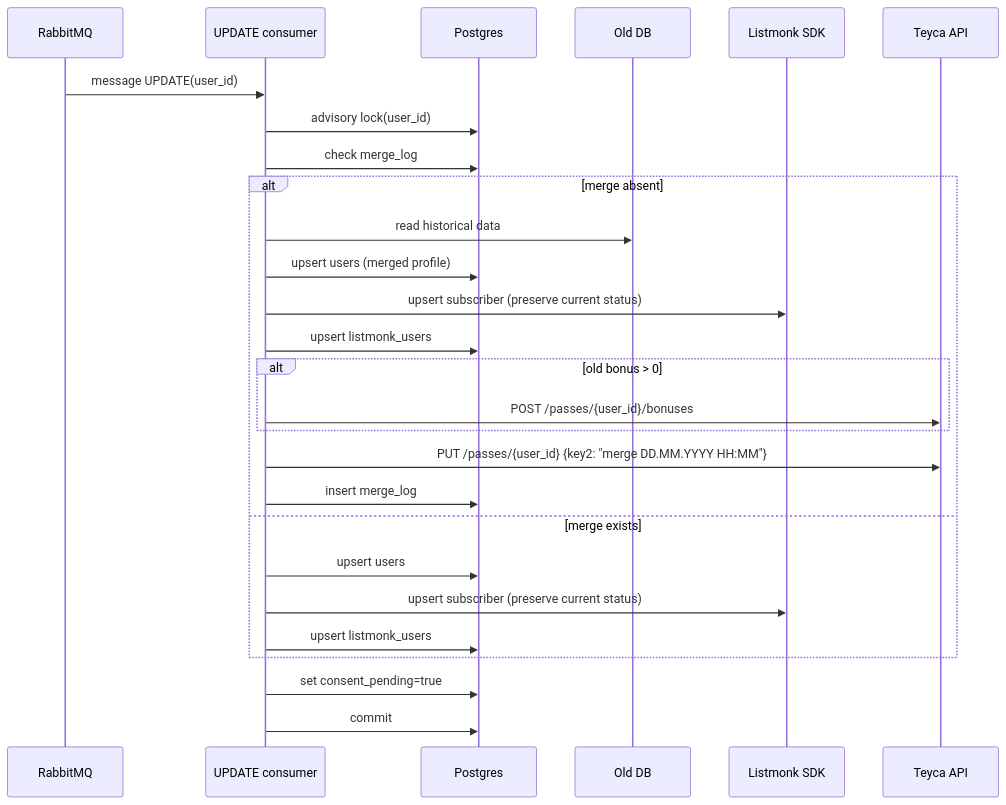
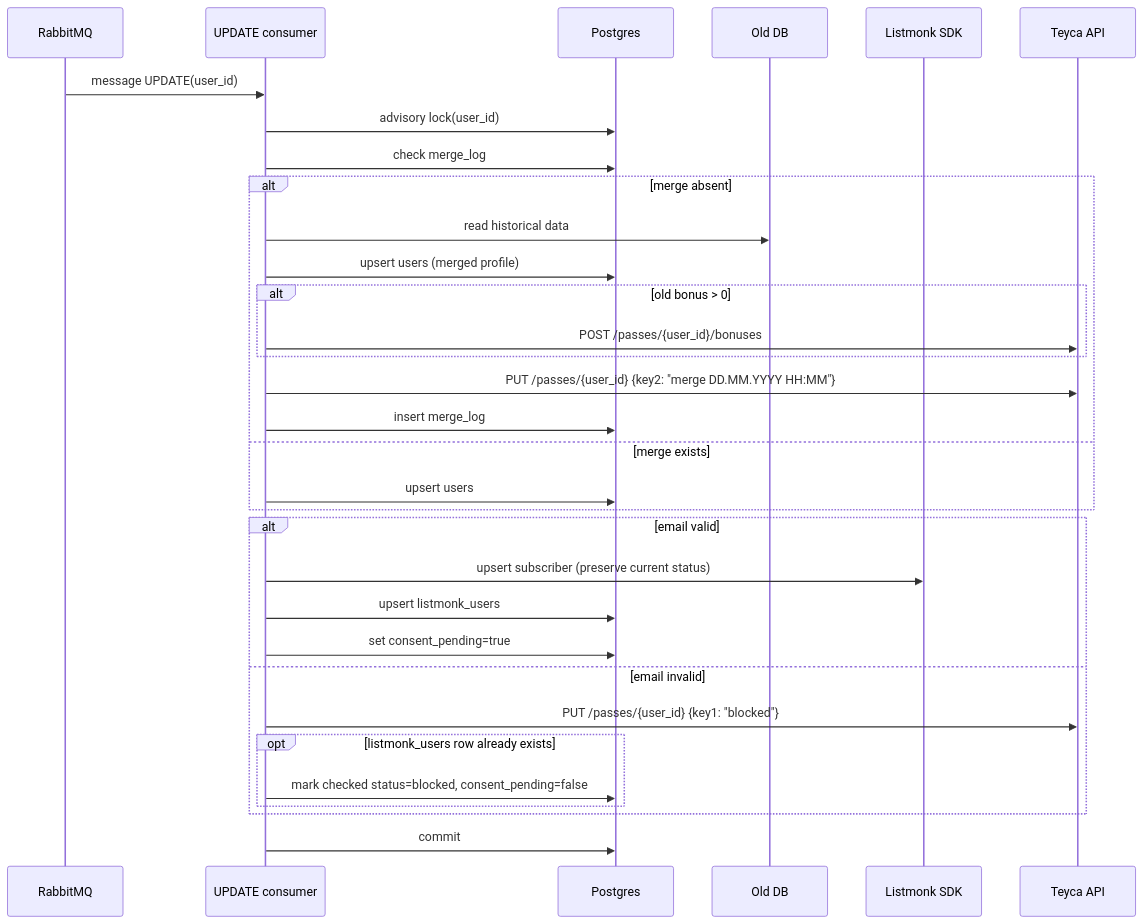
One commit to Nikita-Silent/teyca-sync changed the third of 6 diagrams in docs/current-runtime-flow.md. Above: the diagram before and after it, drawn with Mermaid. The commit also changed other lines of this file and 25 other files, not shown here.

````diff
--- a/docs/current-runtime-flow.md
+++ b/docs/current-runtime-flow.md
@@ -77,30 +82,35 @@
 ```mermaid
 sequenceDiagram
     participant RMQ as RabbitMQ
     participant U as UPDATE consumer
     participant DB as Postgres
     participant ODB as Old DB
     participant LM as Listmonk SDK
     participant TY as Teyca API
 
     RMQ->>U: message UPDATE(user_id)
     U->>DB: advisory lock(user_id)
     U->>DB: check merge_log
     alt merge absent
         U->>ODB: read historical data
         U->>DB: upsert users (merged profile)
-        U->>LM: upsert subscriber (preserve current status)
-        U->>DB: upsert listmonk_users
         alt old bonus > 0
             U->>TY: POST /passes/{user_id}/bonuses
         end
         U->>TY: PUT /passes/{user_id} {key2: "merge DD.MM.YYYY HH:MM"}
         U->>DB: insert merge_log
     else merge exists
         U->>DB: upsert users
+    end
+    alt email valid
         U->>LM: upsert subscriber (preserve current status)
         U->>DB: upsert listmonk_users
+        U->>DB: set consent_pending=true
+    else email invalid
+        U->>TY: PUT /passes/{user_id} {key1: "blocked"}
+        opt listmonk_users row already exists
+            U->>DB: mark checked status=blocked, consent_pending=false
+        end
     end
-    U->>DB: set consent_pending=true
     U->>DB: commit
 ```
````
